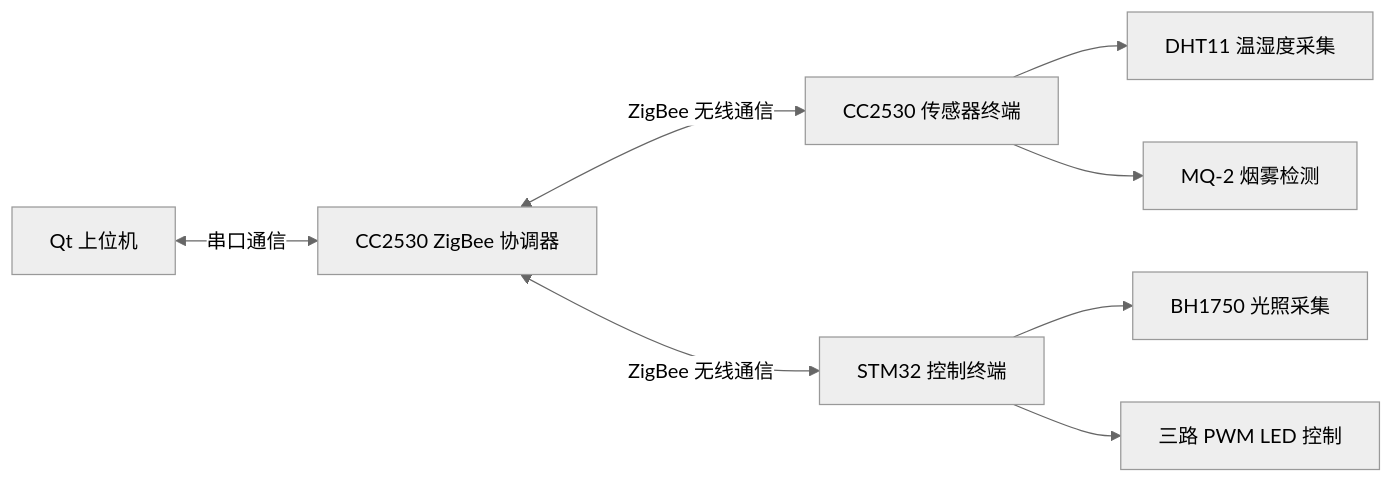
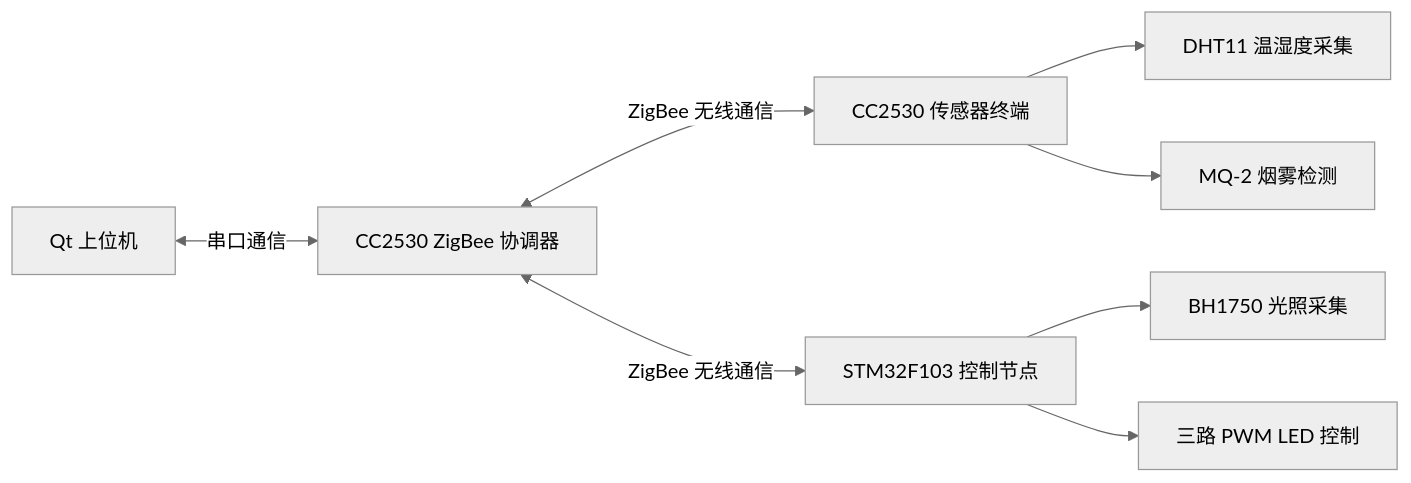
The diagram in README.md (Secret-G/ZigBee-SmartHome-System), drawn with Mermaid (neutral theme) before and after one commit. The commit also changed other lines of this file, not shown here.

````diff
--- a/README.md
+++ b/README.md
@@ -35,13 +45,13 @@
 ```mermaid
 graph LR
     A[Qt 上位机] <-- 串口通信 --> B[CC2530 ZigBee 协调器]
 
     B <-- ZigBee 无线通信 --> C[CC2530 传感器终端]
-    B <-- ZigBee 无线通信 --> D[STM32 控制终端]
+    B <-- ZigBee 无线通信 --> D[STM32F103 控制节点]
 
     C --> C1[DHT11 温湿度采集]
     C --> C2[MQ-2 烟雾检测]
 
     D --> D1[BH1750 光照采集]
     D --> D2[三路 PWM LED 控制]
 ```
````
